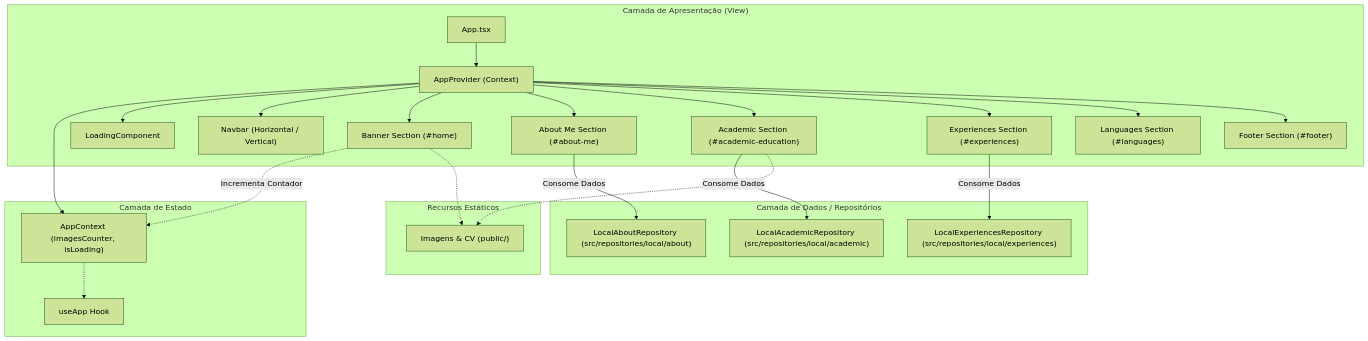
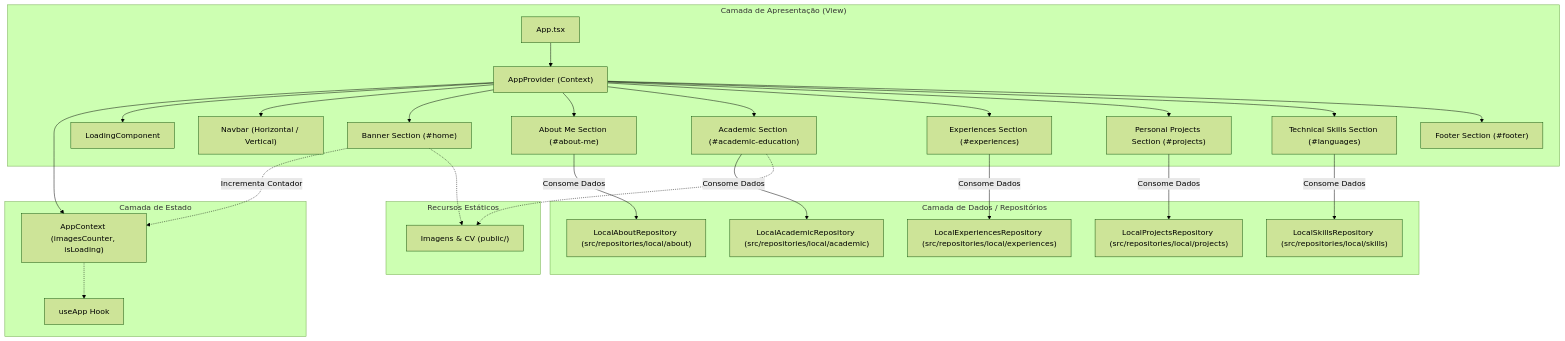
The first of 2 diagrams in docs/architecture.md (FabioFPaulo/my-portfolio), drawn with Mermaid (forest theme) before and after one commit. The commit also changed 16 other files, not shown here.

Commit message:
feat(projects): add personal projects section with local repository, github/demo links, and glass cards

````diff
--- a/docs/architecture.md
+++ b/docs/architecture.md
@@ -14,49 +14,55 @@
 ```mermaid
 flowchart TD
     subgraph UI ["Camada de Apresentação (View)"]
         App["App.tsx"]
         Provider["AppProvider (Context)"]
         Nav["Navbar (Horizontal / Vertical)"]
         Banner["Banner Section (#home)"]
         About["About Me Section (#about-me)"]
         Academic["Academic Section (#academic-education)"]
         Exp["Experiences Section (#experiences)"]
-        Langs["Languages Section (#languages)"]
+        Projects["Personal Projects Section (#projects)"]
+        Langs["Technical Skills Section (#languages)"]
         Footer["Footer Section (#footer)"]
         Loading["LoadingComponent"]
     end
 
     subgraph Repositories ["Camada de Dados / Repositórios"]
         AboutRepo["LocalAboutRepository (src/repositories/local/about)"]
+        AcadRepo["LocalAcademicRepository (src/repositories/local/academic)"]
         ExpRepo["LocalExperiencesRepository (src/repositories/local/experiences)"]
-        AcadRepo["LocalAcademicRepository (src/repositories/local/academic)"]
+        ProjRepo["LocalProjectsRepository (src/repositories/local/projects)"]
+        SkillsRepo["LocalSkillsRepository (src/repositories/local/skills)"]
     end
 
     subgraph State ["Camada de Estado"]
         AppContext["AppContext (imagesCounter, isLoading)"]
         UseApp["useApp Hook"]
     end
 
     subgraph Assets ["Recursos Estáticos"]
         PublicAssets["Imagens & CV (public/)"]
     end
 
     App --> Provider
     Provider --> AppContext
     AppContext -.-> UseApp
     Provider --> Loading
     Provider --> Nav
     Provider --> Banner
     Provider --> About
     Provider --> Academic
     Provider --> Exp
+    Provider --> Projects
     Provider --> Langs
     Provider --> Footer
 
     About -->|Consome Dados| AboutRepo
     Academic -->|Consome Dados| AcadRepo
     Exp -->|Consome Dados| ExpRepo
+    Projects -->|Consome Dados| ProjRepo
+    Langs -->|Consome Dados| SkillsRepo
     Banner -.->|Incrementa Contador| AppContext
     Banner -.-> PublicAssets
     Academic -.-> PublicAssets
 ```
````
